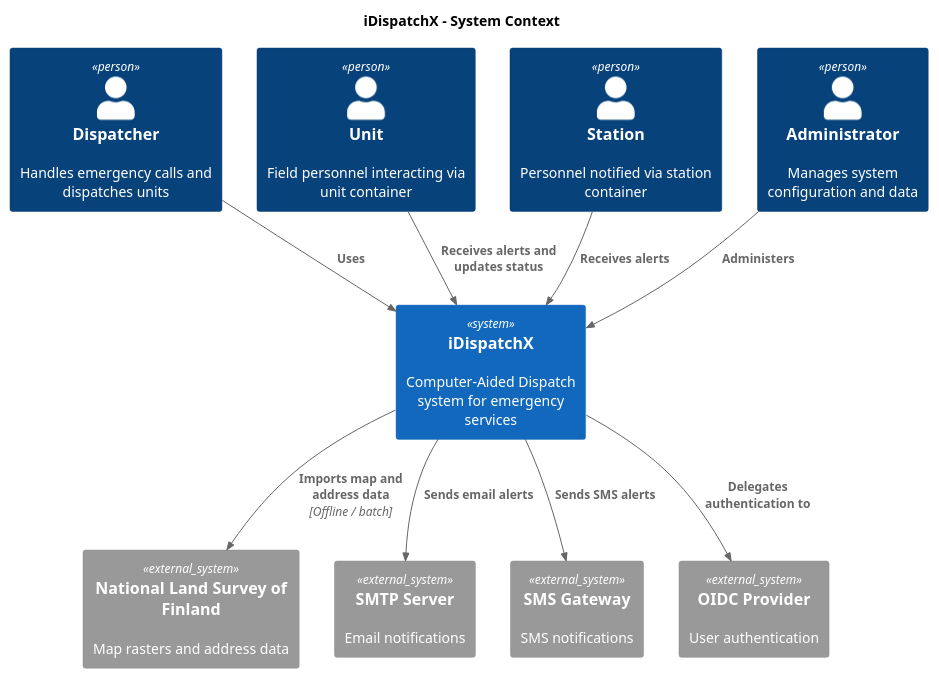
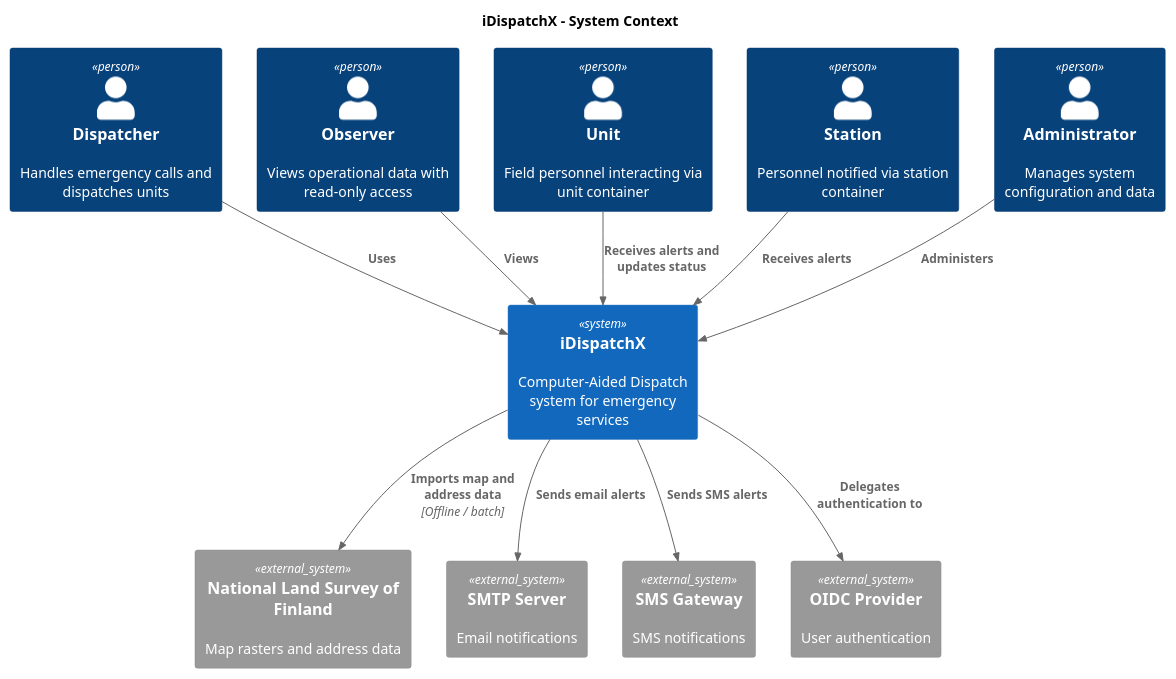
Before and after one commit to peholmst/idispatchx: the diagram in Spec/C4/Context.puml, drawn with PlantUML. The commit also changed 3 other files, not shown here.

```diff
--- a/Spec/C4/Context.puml
+++ b/Spec/C4/Context.puml
@@ -1,28 +1,30 @@
 @startuml iDispatchX_System_Context
 !include https://raw.githubusercontent.com/plantuml-stdlib/C4-PlantUML/master/C4_Context.puml
 
 title iDispatchX - System Context
 
 Person(dispatcher, "Dispatcher", "Handles emergency calls and dispatches units")
+Person(observer, "Observer", "Views operational data with read-only access")
 Person(unit, "Unit", "Field personnel interacting via unit container")
 Person(station, "Station", "Personnel notified via station container")
 Person(admin, "Administrator", "Manages system configuration and data")
 
 System(iDispatchX, "iDispatchX", "Computer-Aided Dispatch system for emergency services")
 
 System_Ext(nls, "National Land Survey of Finland", "Map rasters and address data")
 System_Ext(smtp, "SMTP Server", "Email notifications")
 System_Ext(sms, "SMS Gateway", "SMS notifications")
 System_Ext(oidc, "OIDC Provider", "User authentication")
 
 Rel(dispatcher, iDispatchX, "Uses")
+Rel(observer, iDispatchX, "Views")
 Rel(unit, iDispatchX, "Receives alerts and updates status")
 Rel(station, iDispatchX, "Receives alerts")
 Rel(admin, iDispatchX, "Administers")
 
 Rel(iDispatchX, nls, "Imports map and address data", "Offline / batch")
 Rel(iDispatchX, smtp, "Sends email alerts")
 Rel(iDispatchX, sms, "Sends SMS alerts")
 Rel(iDispatchX, oidc, "Delegates authentication to")
 
 @enduml
```
